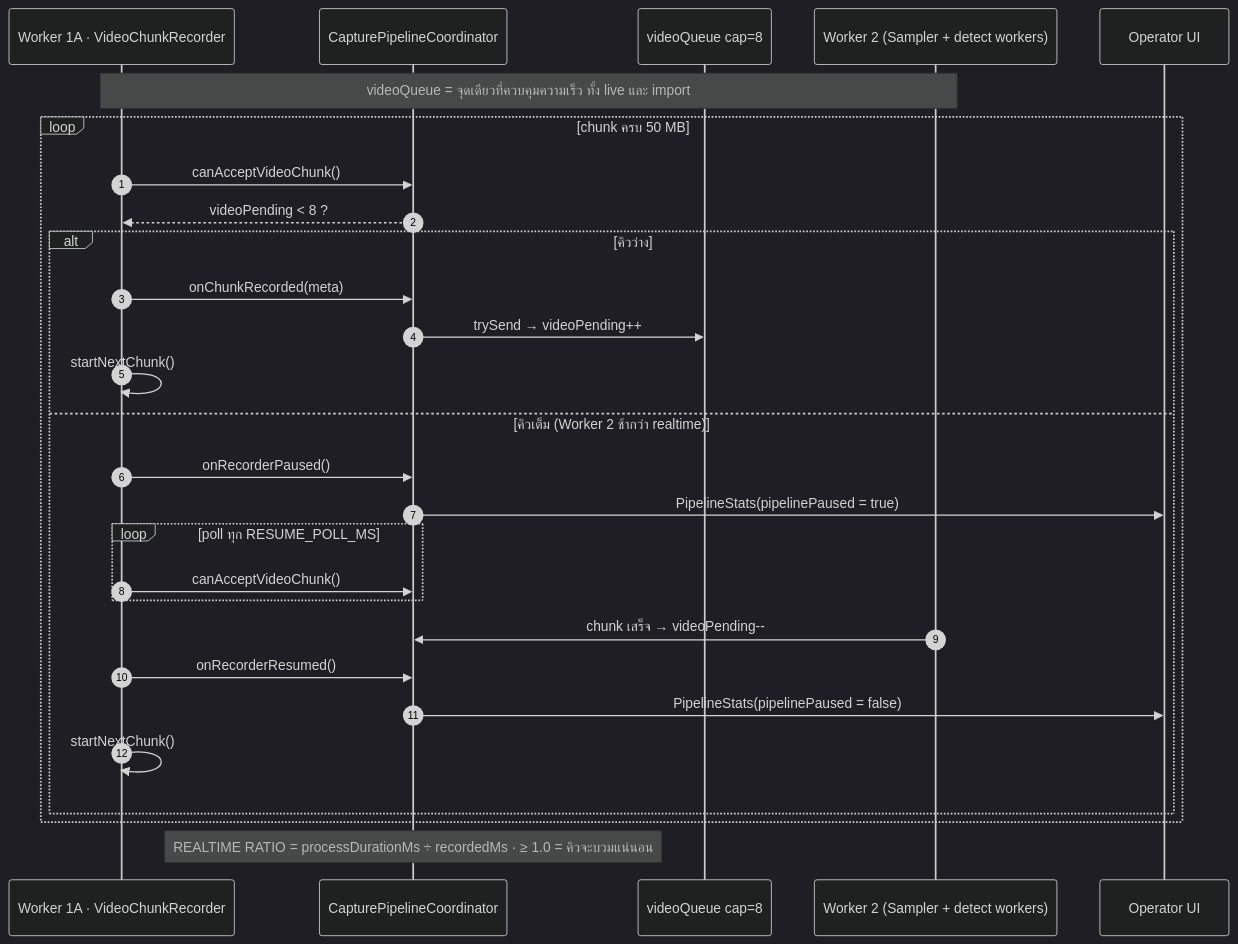
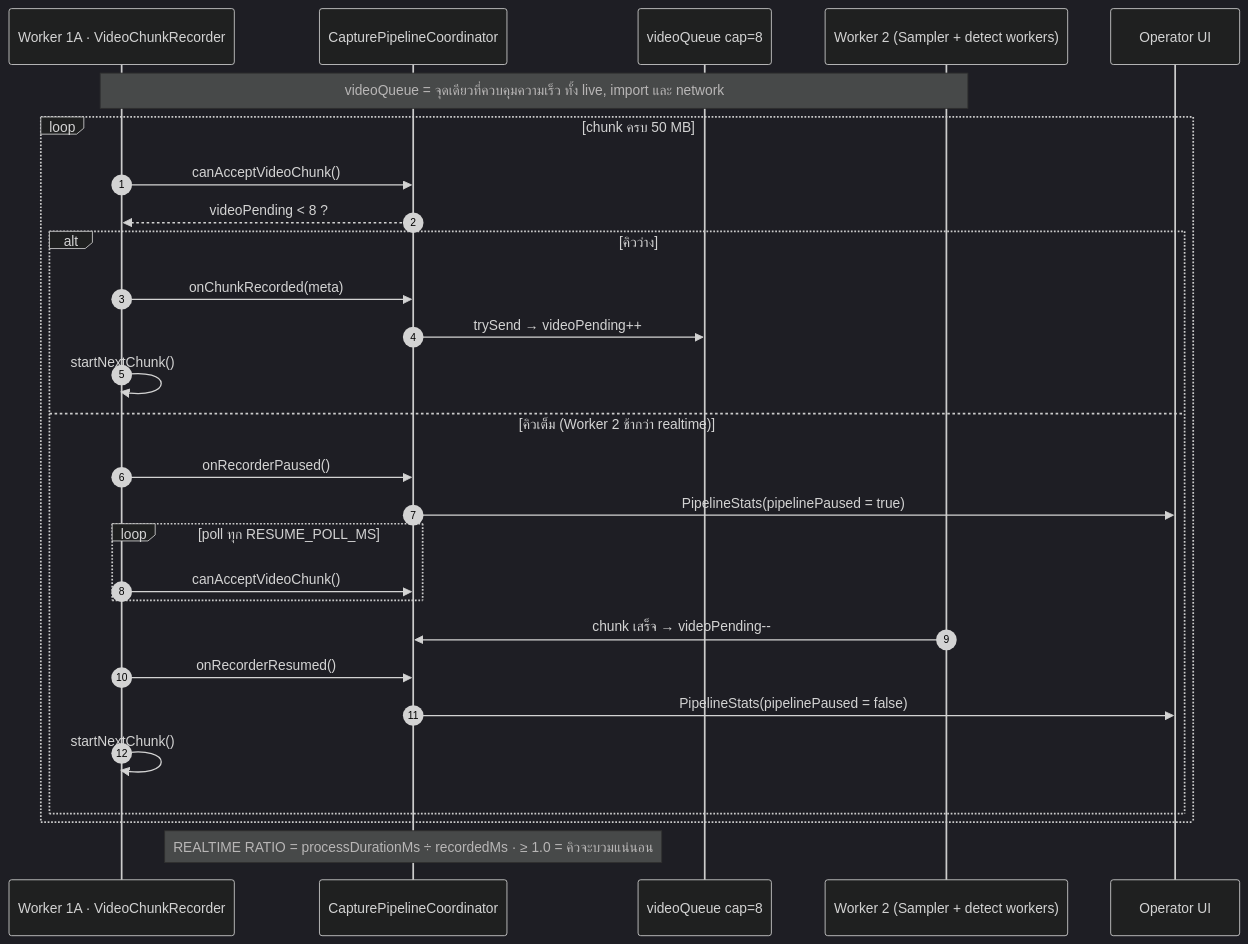
The fifth of 6 diagrams in docs/SEQUENCE_FLOW.md (dang-thairun/autobots_app), drawn with Mermaid (dark theme) before and after one commit. The commit also changed other lines of this file and 17 other files, not shown here.

````diff
--- a/docs/SEQUENCE_FLOW.md
+++ b/docs/SEQUENCE_FLOW.md
@@ -208,35 +376,35 @@
 ```mermaid
 sequenceDiagram
     autonumber
 
     participant Recorder as Worker 1A · VideoChunkRecorder
     participant Coord as CapturePipelineCoordinator
     participant VQ as videoQueue cap=8
     participant Worker2 as Worker 2 (Sampler + detect workers)
     participant UI as Operator UI
 
-    Note over Recorder,Worker2: videoQueue = จุดเดียวที่ควบคุมความเร็ว ทั้ง live และ import
+    Note over Recorder,Worker2: videoQueue = จุดเดียวที่ควบคุมความเร็ว ทั้ง live, import และ network
 
     loop chunk ครบ 50 MB
         Recorder->>Coord: canAcceptVideoChunk()
         Coord-->>Recorder: videoPending < 8 ?
 
         alt คิวว่าง
             Recorder->>Coord: onChunkRecorded(meta)
             Coord->>VQ: trySend → videoPending++
             Recorder->>Recorder: startNextChunk()
         else คิวเต็ม (Worker 2 ช้ากว่า realtime)
             Recorder->>Coord: onRecorderPaused()
             Coord->>UI: PipelineStats(pipelinePaused = true)
             loop poll ทุก RESUME_POLL_MS
                 Recorder->>Coord: canAcceptVideoChunk()
             end
             Worker2->>Coord: chunk เสร็จ → videoPending--
             Recorder->>Coord: onRecorderResumed()
             Coord->>UI: PipelineStats(pipelinePaused = false)
             Recorder->>Recorder: startNextChunk()
         end
     end
 
     Note over Coord: REALTIME RATIO = processDurationMs ÷ recordedMs · ≥ 1.0 = คิวจะบวมแน่นอน
 ```
````
